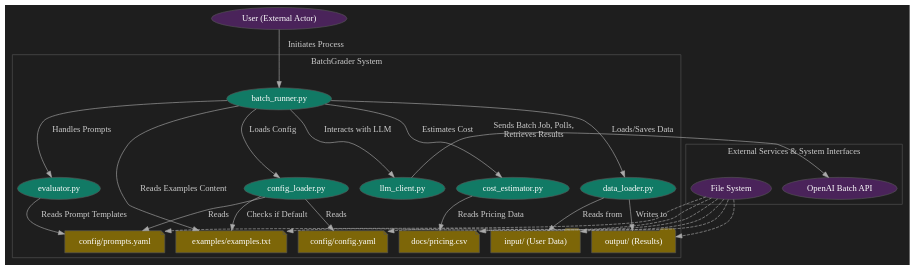
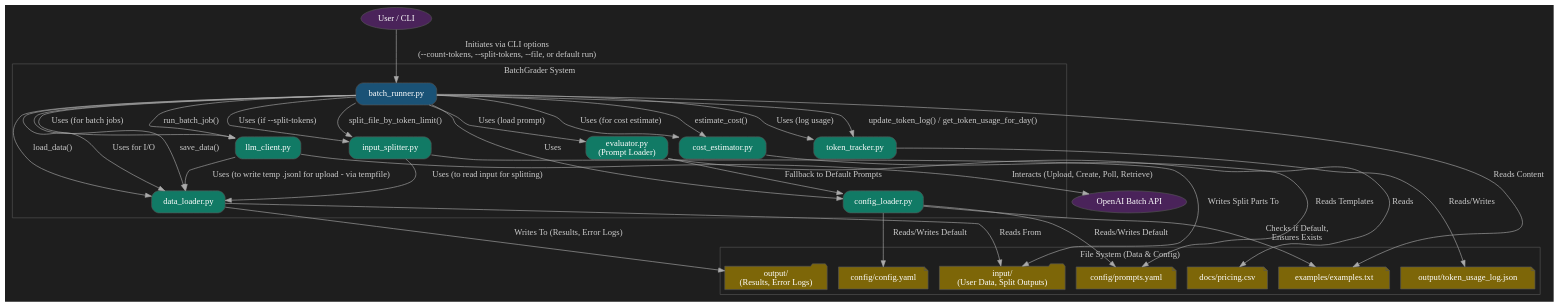
Before and after one commit to afunyun/BatchGrader: the second of 3 diagrams in docs/architecture_graphviz.md, drawn with Graphviz. The commit also changed other lines of this file and 2 other files, not shown here.

Commit message:
update architecture diagrams and README

````diff
--- a/docs/architecture_graphviz.md
+++ b/docs/architecture_graphviz.md
@@ -110,80 +102,83 @@
 ```graphviz
-digraph ModuleInteractions {
-    // Dark background settings
+digraph UpdatedModuleInteractions {
     bgcolor="#1E1E1E";
-    node [style="filled,rounded", fontcolor="white", color="#555555"];
+    node [style="filled,rounded", fontcolor="white", color="#555555", shape=box];
     edge [color="#AAAAAA", fontcolor="#CCCCCC"];
 
-    // External actor
-    User [label="User (External Actor)", shape=ellipse, fillcolor="#4A235A"];
-    
-    // Core components
-    BR [label="batch_runner.py", fillcolor="#117A65"];
+    // External Actor
+    User [label="User / CLI", shape=ellipse, fillcolor="#4A235A"];
+
+    // Core Python Modules (src/)
+    BR [label="batch_runner.py", fillcolor="#1A5276"];
     CL [label="config_loader.py", fillcolor="#117A65"];
     DL [label="data_loader.py", fillcolor="#117A65"];
-    E [label="evaluator.py", fillcolor="#117A65"];
+    E [label="evaluator.py\n(Prompt Loader)", fillcolor="#117A65"];
     LC [label="llm_client.py", fillcolor="#117A65"];
     CE [label="cost_estimator.py", fillcolor="#117A65"];
-    
-    // File resources
-    CfgYAML [label="config/config.yaml", shape=note, fillcolor="#7D6608"];
-    PrmYAML [label="config/prompts.yaml", shape=note, fillcolor="#7D6608"];
-    ExTXT [label="examples/examples.txt", shape=note, fillcolor="#7D6608"];
-    PrcCSV [label="docs/pricing.csv", shape=note, fillcolor="#7D6608"];
-    InputDir [label="input/ (User Data)", shape=folder, fillcolor="#7D6608"];
-    OutputDir [label="output/ (Results)", shape=folder, fillcolor="#7D6608"];
-    
-    // External systems
+    TT [label="token_tracker.py", fillcolor="#117A65"];
+    IS [label="input_splitter.py", fillcolor="#117A65"];
+
+    // Configuration & Data Files
+    ConfigYAML [label="config/config.yaml", shape=note, fillcolor="#7D6608"];
+    PromptsYAML [label="config/prompts.yaml", shape=note, fillcolor="#7D6608"];
+    ExamplesTXT [label="examples/examples.txt", shape=note, fillcolor="#7D6608"];
+    PricingCSV [label="docs/pricing.csv", shape=note, fillcolor="#7D6608"];
+    InputDir [label="input/\n(User Data, Split Outputs)", shape=folder, fillcolor="#7D6608"];
+    OutputDir [label="output/\n(Results, Error Logs)", shape=folder, fillcolor="#7D6608"];
+    TokenLogJSON [label="output/token_usage_log.json", shape=note, fillcolor="#7D6608"];
+
+    // External Services
     OpenAI_API [label="OpenAI Batch API", shape=ellipse, fillcolor="#4A235A"];
-    FileSystem [label="File System", shape=ellipse, fillcolor="#4A235A"];
-    
-    // Core system group
+
+    // Grouping
     subgraph cluster_BatchGraderSystem {
         label="BatchGrader System";
-        fontcolor="#CCCCCC";
-        color="#555555";
-        
-        // Core components
-        BR; CL; DL; E; LC; CE;
-        
-        // Configuration & files
-        CfgYAML; PrmYAML; ExTXT; PrcCSV; InputDir; OutputDir;
+        fontcolor="#CCCCCC"; color="#555555";
+        BR; CL; DL; E; LC; CE; TT; IS;
     }
-    
-    // External services group
-    subgraph cluster_ExternalServices {
-        label="External Services & System Interfaces";
-        fontcolor="#CCCCCC";
-        color="#555555";
-        OpenAI_API; FileSystem;
+    subgraph cluster_FileSystemData {
+        label="File System (Data & Config)";
+        fontcolor="#CCCCCC"; color="#555555";
+        ConfigYAML; PromptsYAML; ExamplesTXT; PricingCSV; InputDir; OutputDir; TokenLogJSON;
     }
-    
-    // Connections with labeled edges
-    User -> BR [label="Initiates Process"];
-    
-    BR -> CL [label="Loads Config"];
-    BR -> DL [label="Loads/Saves Data"];
-    BR -> E [label="Handles Prompts"];
-    BR -> LC [label="Interacts with LLM"];
-    BR -> CE [label="Estimates Cost"];
-    
-    CL -> CfgYAML [label="Reads"];
-    CL -> PrmYAML [label="Reads"];
-    E -> PrmYAML [label="Reads Prompt Templates"];
-    BR -> ExTXT [label="Reads Examples Content"];
-    CL -> ExTXT [label="Checks if Default"];
-    CE -> PrcCSV [label="Reads Pricing Data"];
-    DL -> InputDir [label="Reads from"];
-    DL -> OutputDir [label="Writes to"];
-    
-    LC -> OpenAI_API [label="Sends Batch Job, Polls,\nRetrieves Results"];
-    
-    // File System connections (using dashed lines)
-    FileSystem -> CfgYAML [style=dashed];
-    FileSystem -> PrmYAML [style=dashed];
-    FileSystem -> ExTXT [style=dashed];
-    FileSystem -> PrcCSV [style=dashed];
-    FileSystem -> InputDir [style=dashed];
-    FileSystem -> OutputDir [style=dashed];
+
+    // Relationships
+    User -> BR [label="Initiates via CLI options\n(--count-tokens, --split-tokens, --file, or default run)"];
+
+    BR -> CL [label="Uses"];
+    BR -> DL [label="Uses for I/O"];
+    BR -> E [label="Uses (load prompt)"];
+    BR -> LC [label="Uses (for batch jobs)"];
+    BR -> CE [label="Uses (for cost estimate)"];
+    BR -> TT [label="Uses (log usage)"];
+    BR -> IS [label="Uses (if --split-tokens)"];
+
+    CL -> ConfigYAML [label="Reads/Writes Default"];
+    CL -> PromptsYAML [label="Reads/Writes Default"];
+    CL -> ExamplesTXT [label="Checks if Default,\nEnsures Exists"];
+
+    E -> PromptsYAML [label="Reads Templates"];
+    E -> CL [label="Fallback to Default Prompts"];
+
+    DL -> InputDir [label="Reads From"];
+    DL -> OutputDir [label="Writes To (Results, Error Logs)"];
+
+    LC -> OpenAI_API [label="Interacts (Upload, Create, Poll, Retrieve)"];
+    LC -> DL [label="Uses (to write temp .jsonl for upload - via tempfile)"]; // Indirectly via tempfile
+
+    CE -> PricingCSV [label="Reads"];
+    TT -> TokenLogJSON [label="Reads/Writes"];
+    IS -> DL [label="Uses (to read input for splitting)"]; // To read the file to be split
+    IS -> InputDir [label="Writes Split Parts To"]; // Writes output parts
+
+
+    // Data flow for specific operations
+    BR -> ExamplesTXT [label="Reads Content"];
+    BR -> DL [label="load_data()"];
+    BR -> DL [label="save_data()"];
+    BR -> IS [label="split_file_by_token_limit()"];
+    BR -> TT [label="update_token_log() / get_token_usage_for_day()"];
+    BR -> CE [label="estimate_cost()"];
+    BR -> LC [label="run_batch_job()"];
 }
 ```
````
